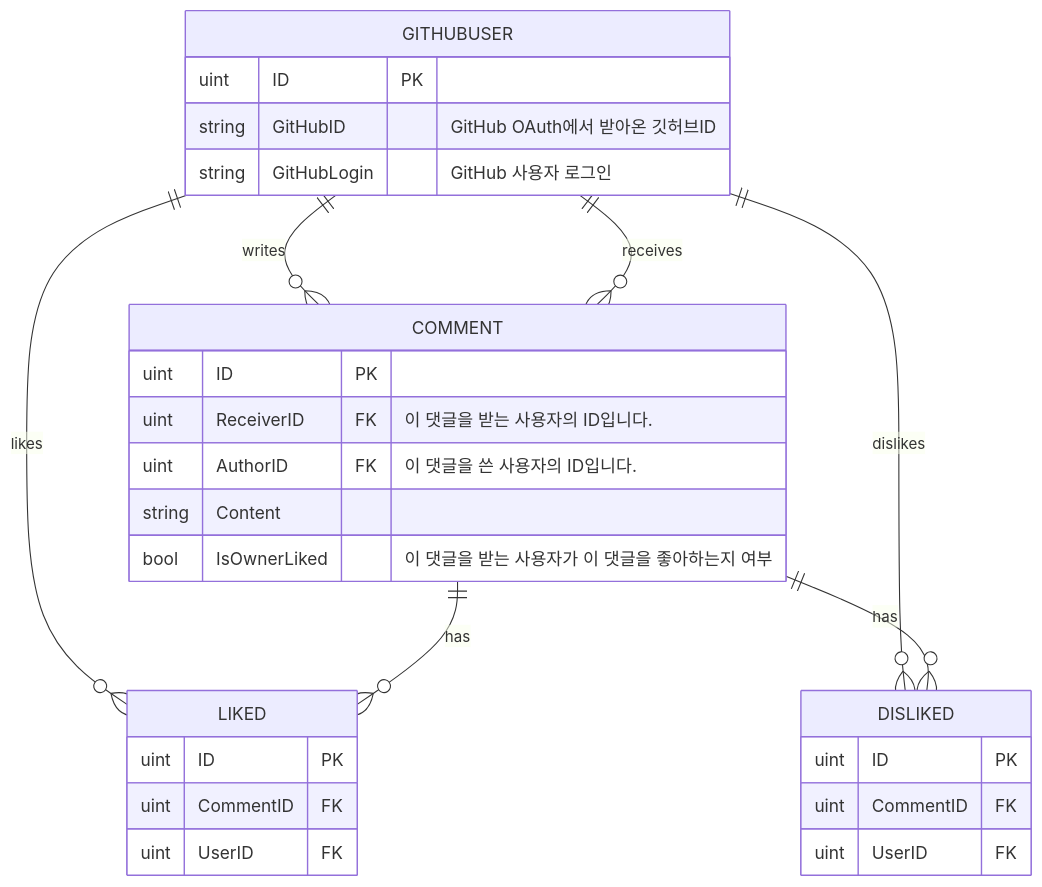
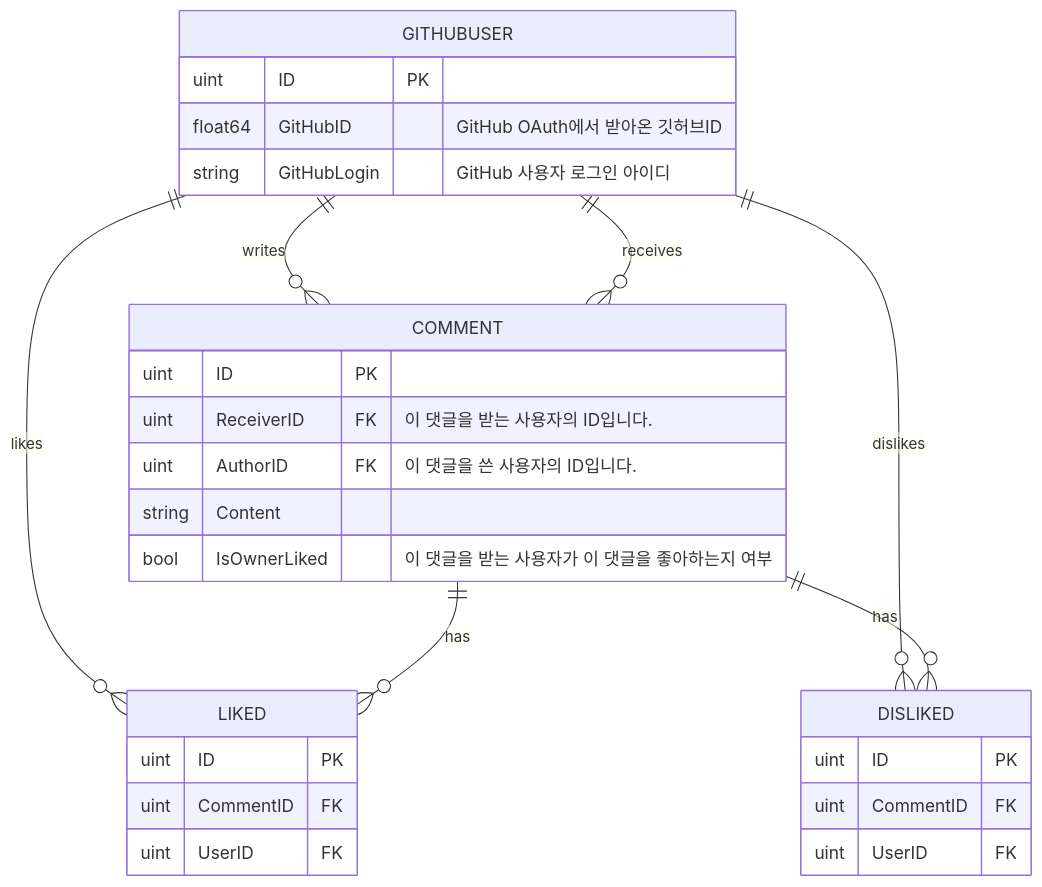
Before and after one commit to in-jun/github-profile-guestbook: the diagram in README.md, drawn with Mermaid. The commit also changed 1 other file, not shown here.

Commit message:
fix: 댓글 모델 필드 타입 수정

````diff
--- a/README.md
+++ b/README.md
@@ -53,35 +53,35 @@
 ```mermaid
 erDiagram
     GITHUBUSER {
         uint ID PK
-        string GitHubID "GitHub OAuth에서 받아온 깃허브ID"
-        string GitHubLogin "GitHub 사용자 로그인"
+        float64 GitHubID "GitHub OAuth에서 받아온 깃허브ID"
+        string GitHubLogin "GitHub 사용자 로그인 아이디"
     }
 
     COMMENT {
         uint ID PK
         uint ReceiverID FK "이 댓글을 받는 사용자의 ID입니다."
         uint AuthorID FK "이 댓글을 쓴 사용자의 ID입니다."
         string Content
         bool IsOwnerLiked "이 댓글을 받는 사용자가 이 댓글을 좋아하는지 여부"
     }
 
     LIKED {
         uint ID PK
         uint CommentID FK
         uint UserID FK
     }
 
     DISLIKED {
         uint ID PK
         uint CommentID FK
         uint UserID FK
     }
 
     GITHUBUSER ||--o{ COMMENT : "writes"
     GITHUBUSER ||--o{ COMMENT : "receives"
     GITHUBUSER ||--o{ LIKED : "likes"
     GITHUBUSER ||--o{ DISLIKED : "dislikes"
     COMMENT ||--o{ LIKED : "has"
     COMMENT ||--o{ DISLIKED : "has"
 ```
````
